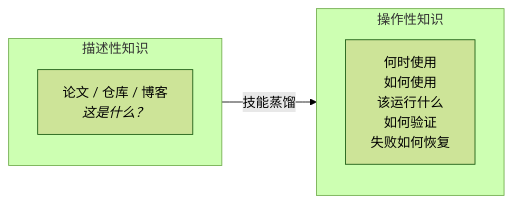
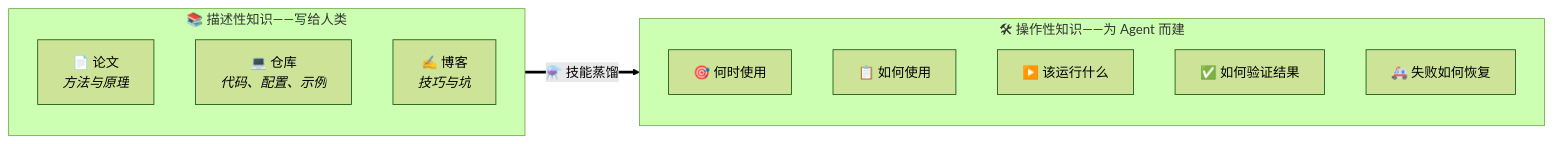
Before and after one commit to Lolo1222/AREX-Skill: the second of 5 diagrams in README.zh-CN.md, drawn with Mermaid (forest theme). The commit also changed other lines of this file and 1 other file, not shown here.

First line of the commit message:
docs: first-screen value proposition, richer diagrams, unlink private report

````diff
--- a/README.zh-CN.md
+++ b/README.zh-CN.md
@@ -70,10 +70,18 @@
 ```mermaid
 flowchart LR
-    subgraph D["描述性知识"]
-        d1["论文 / 仓库 / 博客<br><i>这是什么？</i>"]
+    subgraph D["📚 描述性知识——写给人类"]
+        direction TB
+        d1["📄 论文<br><i>方法与原理</i>"]
+        d2["💻 仓库<br><i>代码、配置、示例</i>"]
+        d3["✍️ 博客<br><i>技巧与坑</i>"]
     end
-    D -- "技能蒸馏" --> O
-    subgraph O["操作性知识"]
-        o1["何时使用<br>如何使用<br>该运行什么<br>如何验证<br>失败如何恢复"]
+    D == "⚗️ 技能蒸馏" ==> O
+    subgraph O["🛠 操作性知识——为 Agent 而建"]
+        direction TB
+        o1["🎯 何时使用"]
+        o2["📋 如何使用"]
+        o3["▶️ 该运行什么"]
+        o4["✅ 如何验证结果"]
+        o5["🚑 失败如何恢复"]
     end
 ```
````
